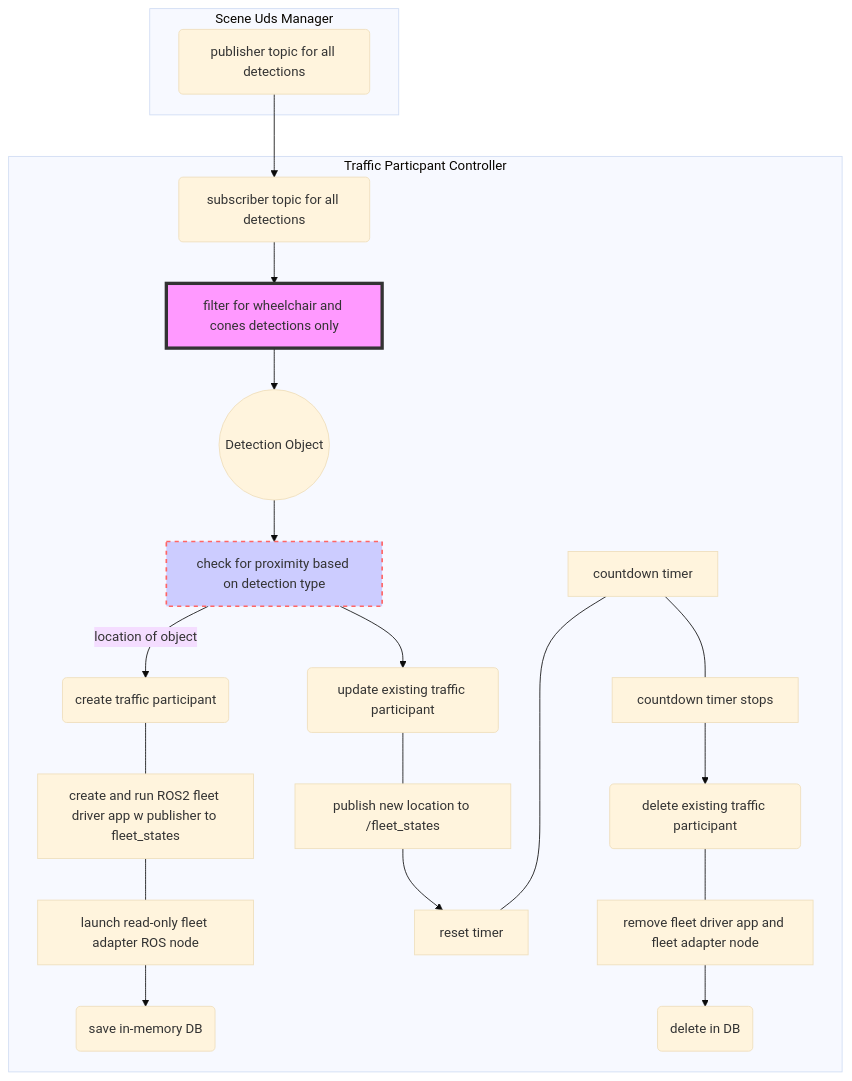
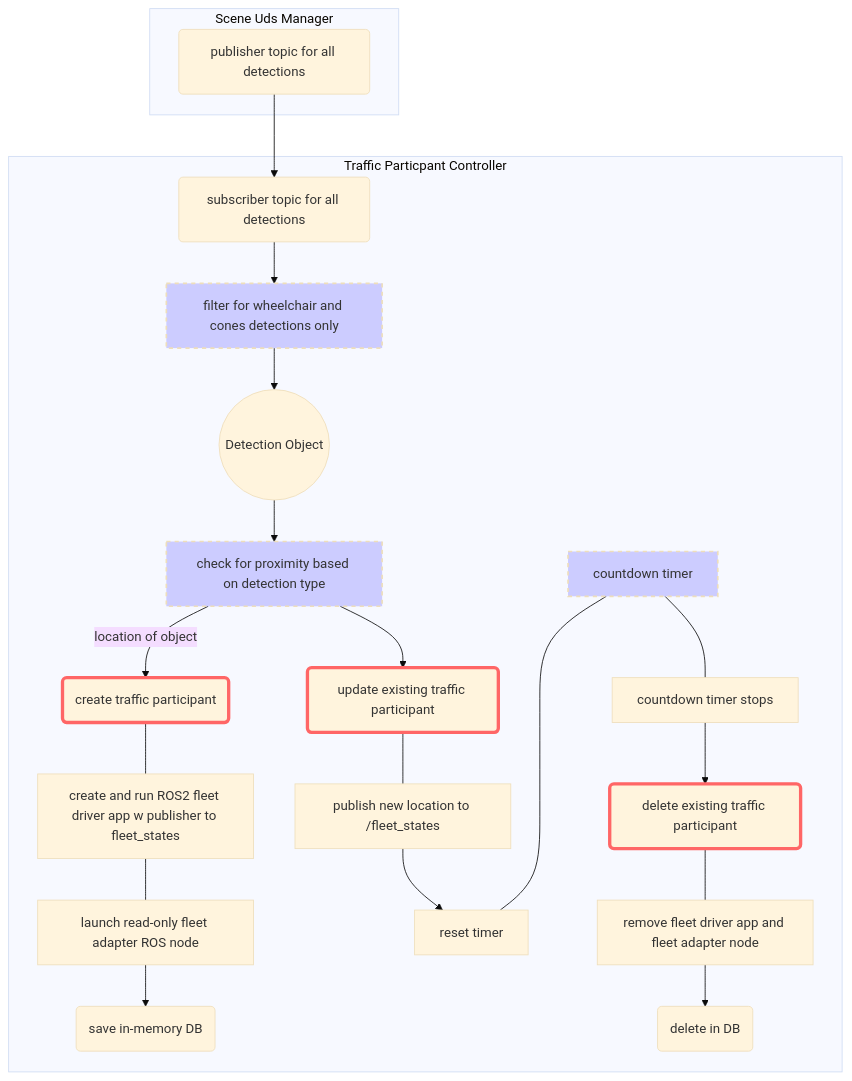
One commit to mxgrey/su_traffic_participant changed the diagram in README.md. Above: the diagram before and after it, drawn with Mermaid (base theme).

````diff
--- a/README.md
+++ b/README.md
@@ -5,24 +5,28 @@
 ```mermaid
 graph TB
 
   Publisher --> Subscriber
   subgraph "Scene Uds Manager"
   Publisher(publisher topic for all detections)
   end
 
   subgraph "Traffic Particpant Controller"
   Subscriber(subscriber topic for all detections)
   Subscriber --> FindClass[filter for wheelchair and cones detections only] --> Detection((Detection Object))
   Detection --> Proximity[check for proximity based on detection type]
-  style FindClass fill:#f9f,stroke:#333,stroke-width:4px
-  style Proximity fill:#ccf,stroke:#f66,stroke-width:2px,stroke-dasharray: 5, 5
   Proximity -- location of object --> Create(create traffic participant)
   Create --- C1[create and run ROS2 fleet driver app w publisher to fleet_states] --- C2[launch read-only fleet adapter ROS node] --> Save(save in-memory DB)
   Proximity --> Update(update existing traffic participant) 
   Update --- U1[publish new location to /fleet_states] --> TimerReset
   CountdownTimer[countdown timer] --- TimerReset[reset timer]
   CountdownTimer --- TimerStop[countdown timer stops] --> Delete(delete existing traffic participant)
   Delete --- D1[remove fleet driver app and fleet adapter node] --> DB(delete in DB)
+  style Create stroke:#f66,stroke-width:4px
+  style Update stroke:#f66,stroke-width:4px
+  style Delete stroke:#f66,stroke-width:4px
+  style FindClass fill:#ccf,stroke-width:2px,stroke-dasharray: 5, 5
+  style Proximity fill:#ccf,stroke-width:2px,stroke-dasharray: 5, 5
+  style CountdownTimer fill:#ccf,stroke-width:2px,stroke-dasharray: 5, 5
 
 end
 ```
````
